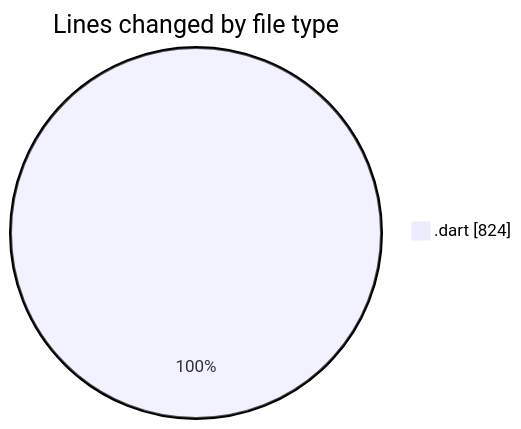
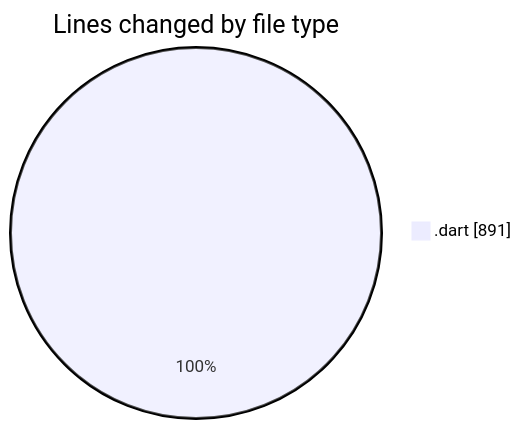
One commit to donsfak/code-tracking changed the first of 2 diagrams in 2025-02-25/trackers_app/README.md. Above: the diagram before and after it, drawn with Mermaid. The commit also changed other lines of this file and 1 other file, not shown here.

````diff
--- a/2025-02-25/trackers_app/README.md
+++ b/2025-02-25/trackers_app/README.md
@@ -23,5 +24,5 @@
 ```mermaid
 pie showData
 title Lines changed by file type
-".dart" : 824
+".dart" : 891
 ```
````
